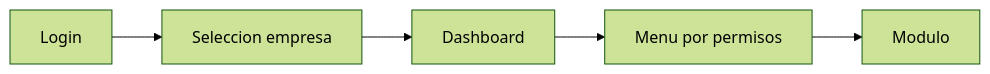
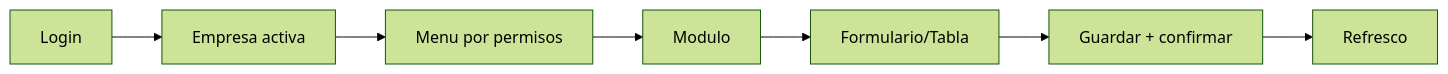
The diagram in docs/07-frontend-ux/FRONTEND-UX-CONSOLIDADO.md (Robertoart13/NewKipital), drawn with Mermaid (forest theme) before and after one commit. The commit also changed other lines of this file and 119 other files, not shown here.

````diff
--- a/docs/07-frontend-ux/FRONTEND-UX-CONSOLIDADO.md
+++ b/docs/07-frontend-ux/FRONTEND-UX-CONSOLIDADO.md
@@ -8,7 +14,9 @@
 ```mermaid
 flowchart LR
-  A[Login] --> B[Seleccion empresa]
-  B --> C[Dashboard]
-  C --> D[Menu por permisos]
-  D --> E[Modulo]
+  A[Login] --> B[Empresa activa]
+  B --> C[Menu por permisos]
+  C --> D[Modulo]
+  D --> E[Formulario/Tabla]
+  E --> F[Guardar + confirmar]
+  F --> G[Refresco]
 ```
````
